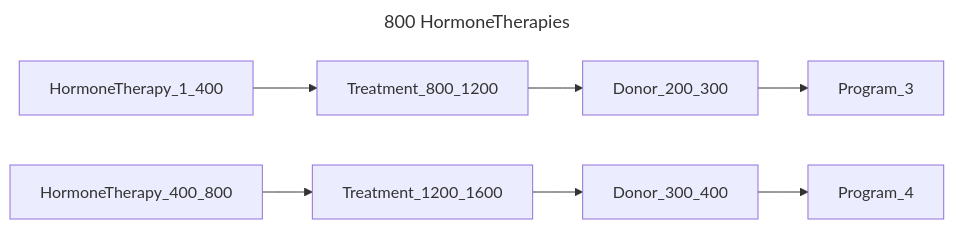
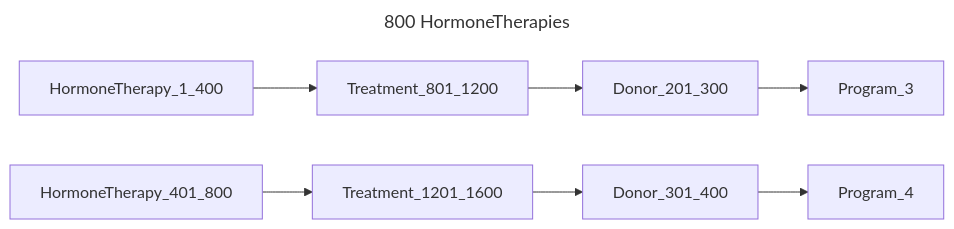
The seventh of 13 diagrams in chord_metadata_service/mohpackets/data/large_dataset/README.md (bento-platform/katsu), drawn with Mermaid before and after one commit. The commit also changed other lines of this file, not shown here.

````diff
--- a/chord_metadata_service/mohpackets/data/large_dataset/README.md
+++ b/chord_metadata_service/mohpackets/data/large_dataset/README.md
@@ -113,9 +113,9 @@
 ```mermaid
 ---
 title: 800 HormoneTherapies
 ---
 graph LR;  
-  HormoneTherapy_1_400 --> Treatment_800_1200 --> Donor_200_300 --> Program_3;  
-  HormoneTherapy_400_800 --> Treatment_1200_1600 --> Donor_300_400 --> Program_4;  
+  HormoneTherapy_1_400 --> Treatment_801_1200 --> Donor_201_300 --> Program_3;  
+  HormoneTherapy_401_800 --> Treatment_1201_1600 --> Donor_301_400 --> Program_4;  
 
 ```
````
